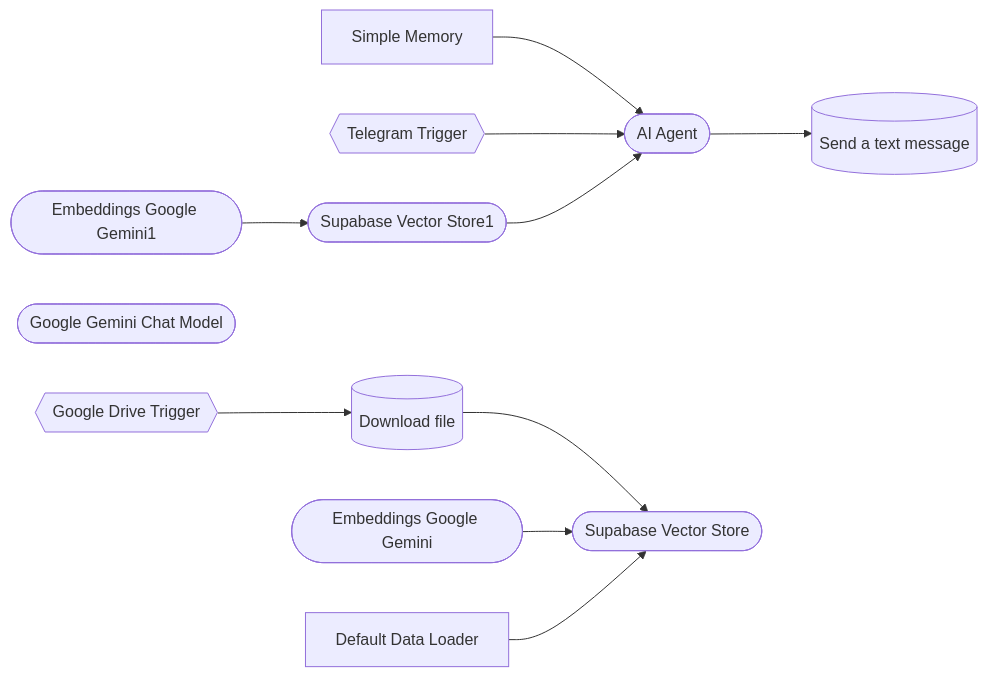
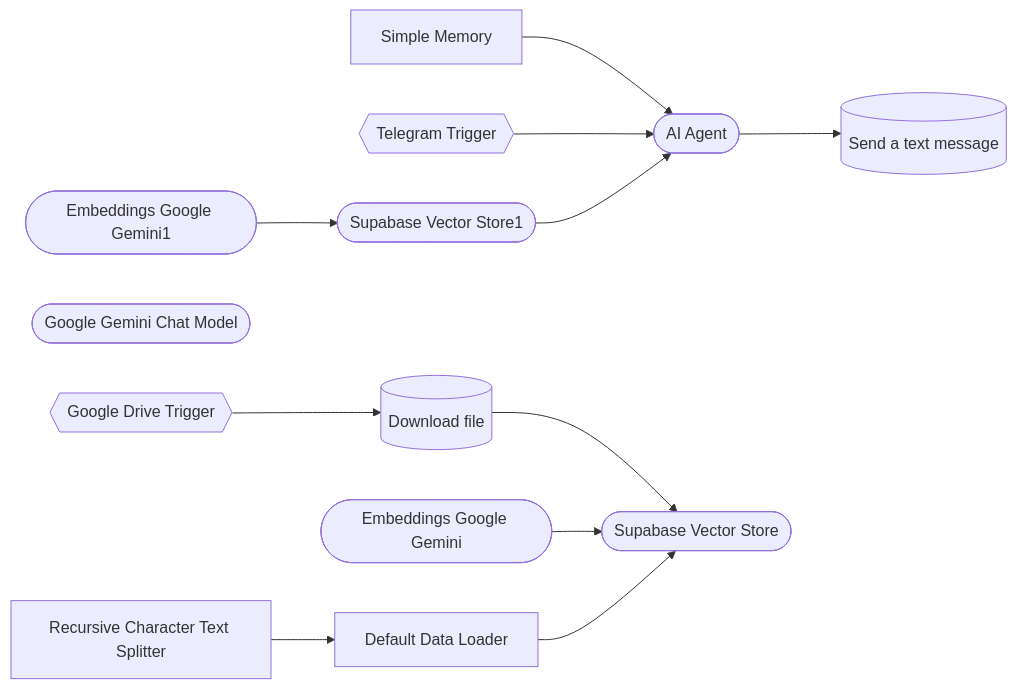
Before and after one commit to Omar-Ayman0/n8n-ai-automation-projects: the second of 2 diagrams in supabase-rag-ai-agent/README.md, drawn with Mermaid. The commit also changed other lines of this file and 18 other files, not shown here.

````diff
--- a/supabase-rag-ai-agent/README.md
+++ b/supabase-rag-ai-agent/README.md
@@ -137,24 +135,26 @@
 ```mermaid
 flowchart LR
   N0{{"Google Drive Trigger"}}
   N1[("Download file")]
   N2(["Embeddings Google Gemini"])
   N3["Default Data Loader"]
   N4(["AI Agent"])
   N5(["Google Gemini Chat Model"])
   N6["Simple Memory"]
   N7(["Embeddings Google Gemini1"])
   N8{{"Telegram Trigger"}}
   N9[("Send a text message")]
   N10(["Supabase Vector Store"])
   N11(["Supabase Vector Store1"])
   N0 --> N1
   N1 --> N10
   N2 --> N10
   N3 --> N10
+  NS["Recursive Character Text Splitter"]
+  NS --> N3
   N4 --> N9
   N6 --> N4
   N7 --> N11
   N8 --> N4
   N11 --> N4
 ```
````
